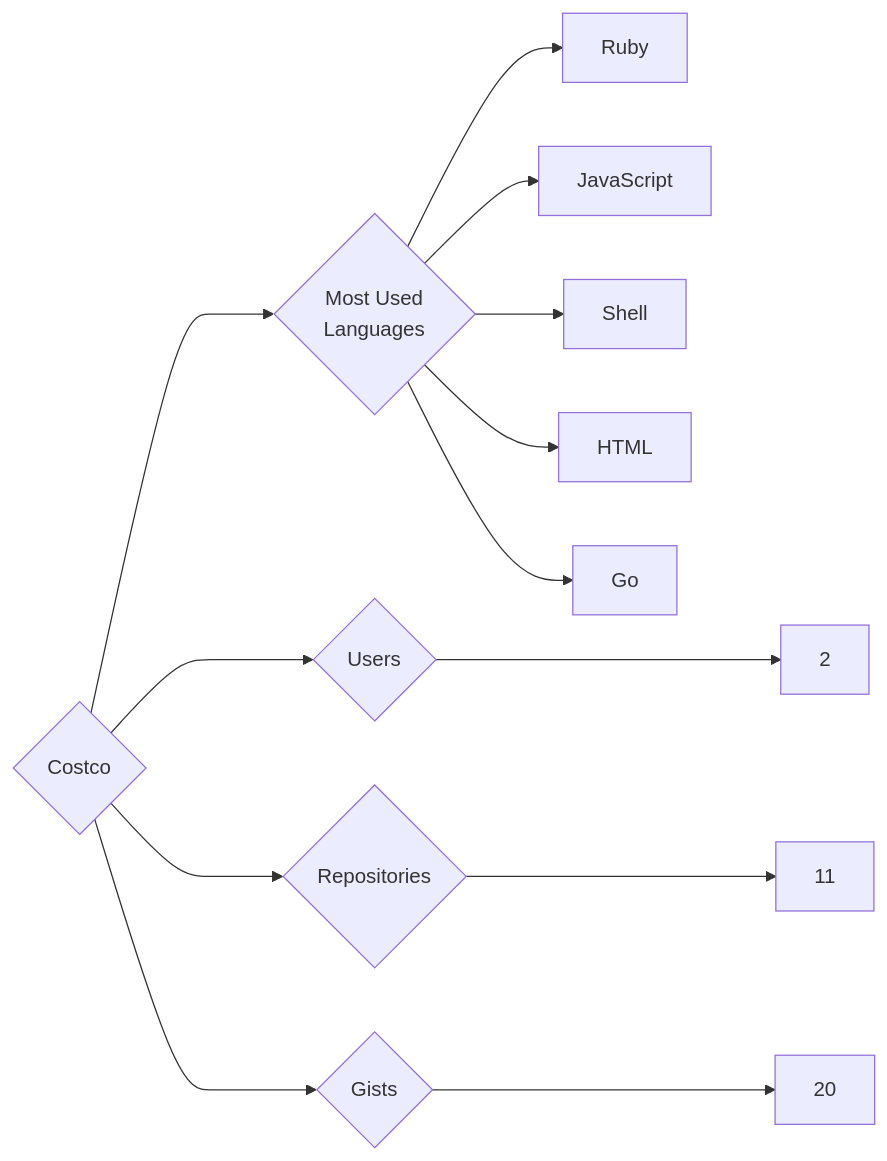
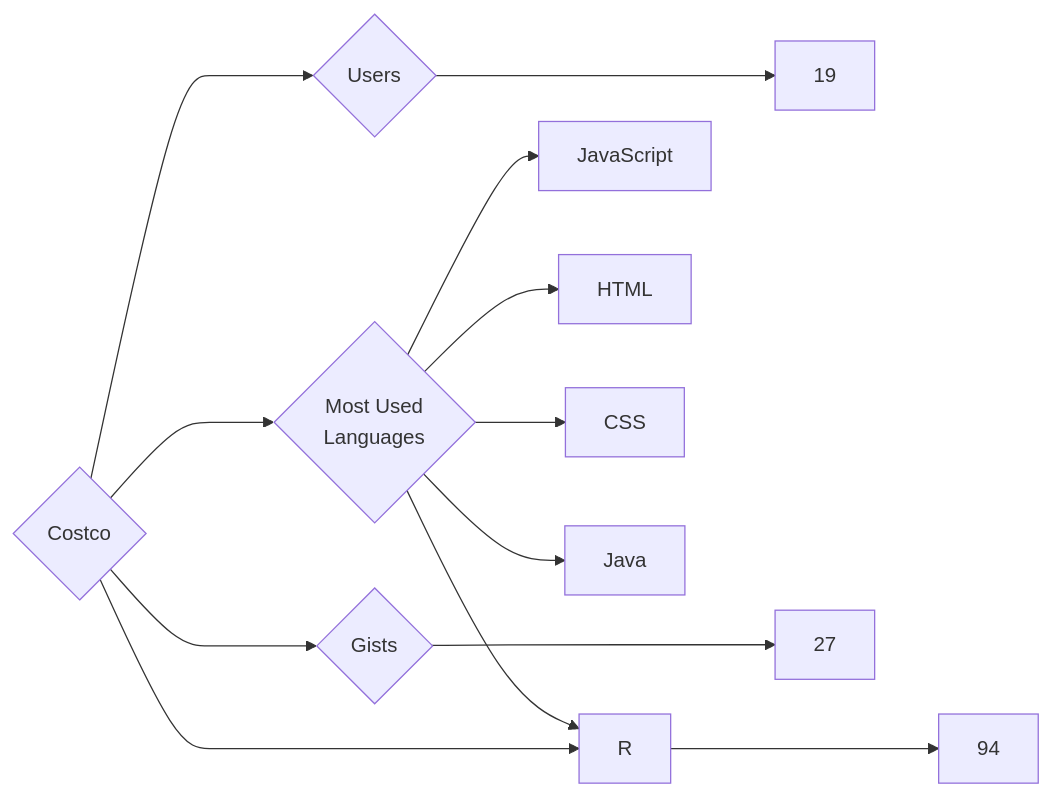
The diagram in targets/Costco/README.md (trickest/insiders), drawn with Mermaid before and after one commit. The commit also changed 688 other files, not shown here.

````diff
--- a/targets/Costco/README.md
+++ b/targets/Costco/README.md
@@ -3,13 +3,13 @@
 ```mermaid
 graph LR
 COMPANY_NAME{Costco}
-COMPANY_NAME ---> U{Users} ---> UN[2]
-COMPANY_NAME ---> R{Repositories} ---> RN[11]
-COMPANY_NAME ---> G{Gists} ---> GN[20]
+COMPANY_NAME ---> U{Users} ---> UN[19]
+COMPANY_NAME ---> R{Repositories} ---> RN[94]
+COMPANY_NAME ---> G{Gists} ---> GN[27]
 COMPANY_NAME ---> ML{Most Used<br>Languages}
-ML --> Ruby[Ruby]
 ML --> JavaScript[JavaScript]
-ML --> Shell[Shell]
 ML --> HTML[HTML]
-ML --> Go[Go]
+ML --> CSS[CSS]
+ML --> Java[Java]
+ML --> R[R]
 ```
````
